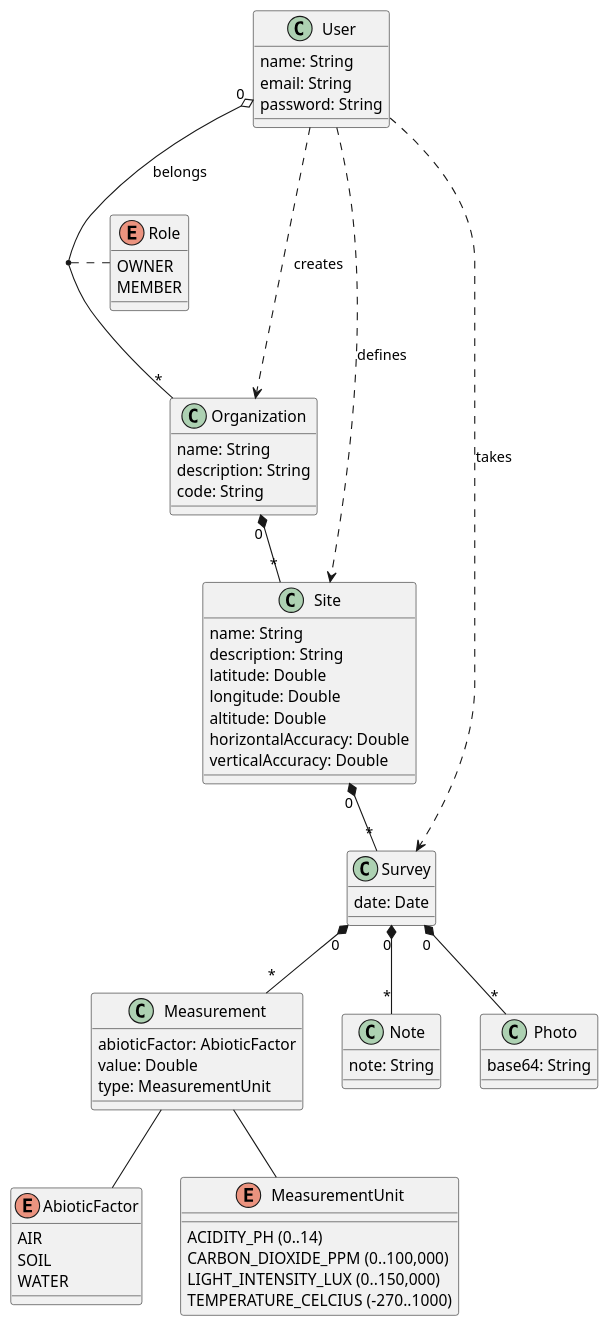
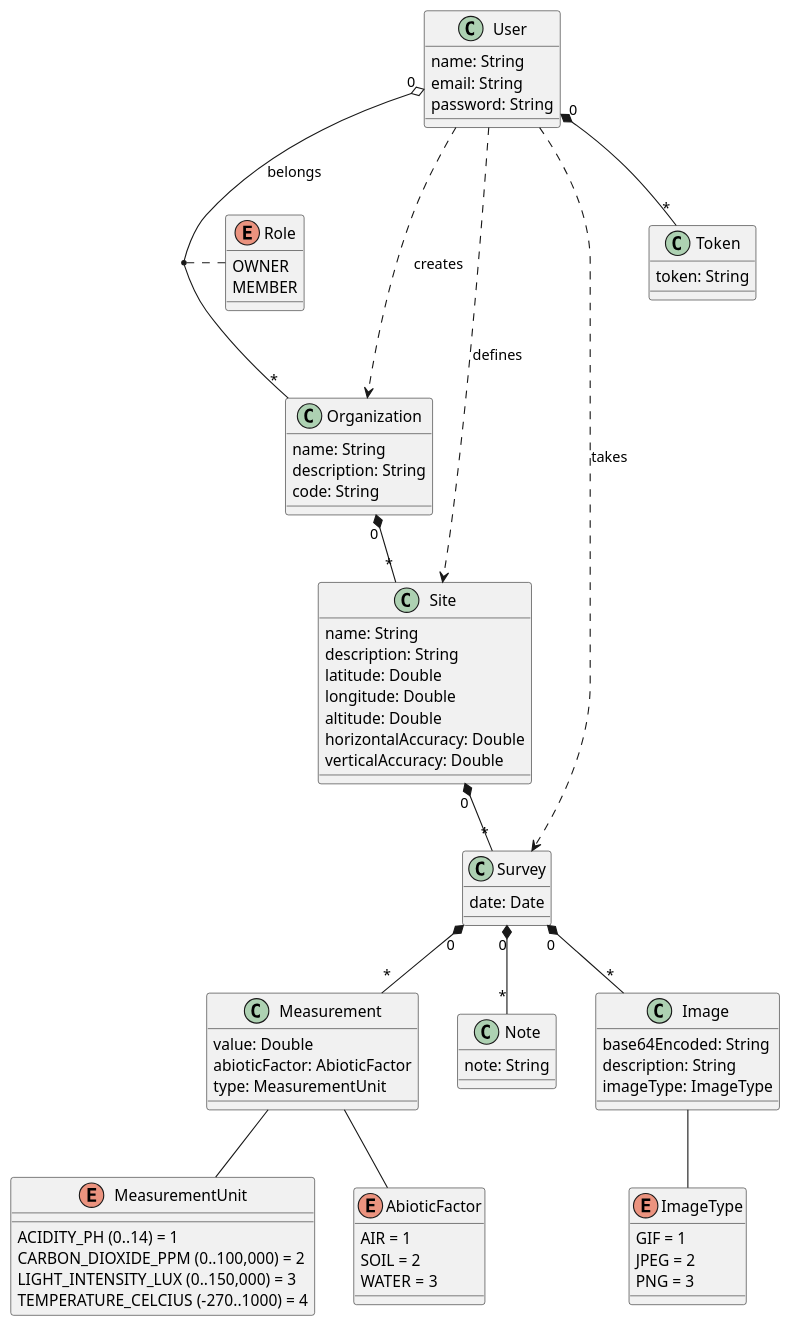
Before and after one commit to kwingerden/ecodatum-server: the diagram in Documentation/Model.plantuml, drawn with PlantUML. The commit also changed 5 other files, not shown here.

```diff
--- a/Documentation/Model.plantuml
+++ b/Documentation/Model.plantuml
@@ -1,78 +1,94 @@
 @startuml
 
 enum AbioticFactor {
-  AIR
-  SOIL
-  WATER
+  AIR = 1
+  SOIL = 2
+  WATER = 3
+}
+
+enum ImageType {
+  GIF = 1
+  JPEG = 2
+  PNG = 3
 }
 
 enum MeasurementUnit {
-  ACIDITY_PH (0..14)
-  CARBON_DIOXIDE_PPM (0..100,000)
-  LIGHT_INTENSITY_LUX (0..150,000)
-  TEMPERATURE_CELCIUS (-270..1000)
+  ACIDITY_PH (0..14) = 1
+  CARBON_DIOXIDE_PPM (0..100,000) = 2
+  LIGHT_INTENSITY_LUX (0..150,000) = 3
+  TEMPERATURE_CELCIUS (-270..1000) = 4
 }
 
 class Measurement {
+  value: Double
   abioticFactor: AbioticFactor
-  value: Double
   type: MeasurementUnit
 }
 
 class Note {
   note: String
 }
 
 class Organization {
   name: String
   description: String
   code: String
 }
 
-class Photo {
-  base64: String
+class Image {
+  base64Encoded: String
+  description: String
+  imageType: ImageType
 }
 
 enum Role {
   OWNER
   MEMBER
 }
 
 class Survey {
   date: Date 
 }
 
 class Site {
   name: String
   description: String
   latitude: Double
   longitude: Double
   altitude: Double
   horizontalAccuracy: Double
   verticalAccuracy: Double
 }
 
+class Token {
+  token: String 
+}
+
 class User {
   name: String
   email: String
   password: String
 }
 
 User ..> Organization: creates
 User ..> Site: defines
 User ..> Survey: takes
 
 Measurement -- AbioticFactor
 Measurement -- MeasurementUnit
 
+Image -- ImageType
+
 User "0" o-- "*" Organization: belongs
 (User, Organization) .. Role
+User "0" *-- "*" Token
+
 Organization "0" *-- "*" Site
 
 Site "0" *-- "*" Survey
 
 Survey "0" *-- "*" Note
-Survey "0" *-- "*" Photo
+Survey "0" *-- "*" Image
 Survey "0" *-- "*" Measurement
 
 @enduml
```
